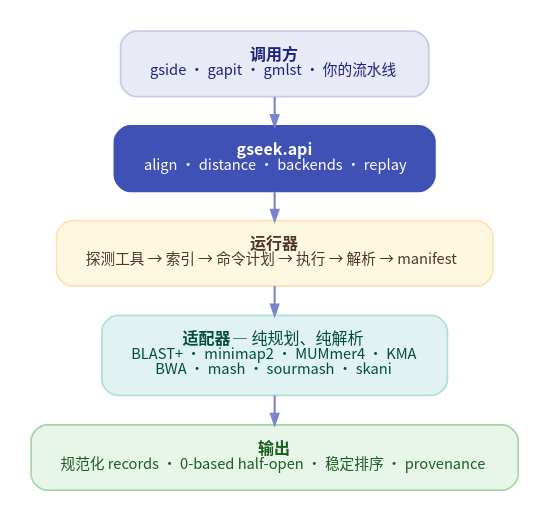
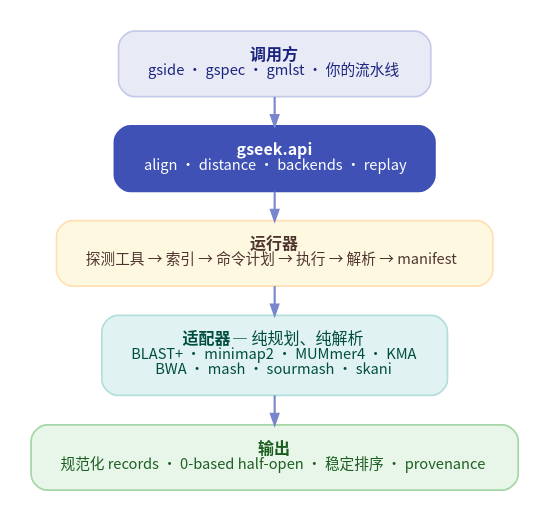
The diagram in dev/diagrams/architecture.zh.dot (indexofire/gseek), drawn with Graphviz before and after one commit. The commit also changed 24 other files, not shown here.

```diff
--- a/dev/diagrams/architecture.zh.dot
+++ b/dev/diagrams/architecture.zh.dot
@@ -1,24 +1,24 @@
 digraph architecture {
   graph [rankdir=TB, bgcolor="white", pad="0.22", nodesep="0.32", ranksep="0.30",
          fontname="Noto Sans CJK SC", fontsize="12"];
   node [shape=box, style="rounded,filled", fontname="Noto Sans CJK SC", fontsize="12",
         margin="0.30,0.18", penwidth="1.3"];
   edge [color="#7986cb", penwidth="1.6", arrowsize="0.80"];
 
-  consumers [label=<<B>调用方</B><BR/><FONT POINT-SIZE="11">gside · gapit · gmlst · 你的流水线</FONT>>,
+  consumers [label=<<B>调用方</B><BR/><FONT POINT-SIZE="11">gside · gspec · gmlst · 你的流水线</FONT>>,
              fillcolor="#e8eaf6", color="#c5cae9", fontcolor="#1a237e"];
 
   api [label=<<B>gseek.api</B><BR/><FONT POINT-SIZE="11">align · distance · backends · replay</FONT>>,
        fillcolor="#3f51b5", color="#3f51b5", fontcolor="white", penwidth="1.5"];
 
   runner [label=<<B>运行器</B><BR/><FONT POINT-SIZE="11">探测工具 → 索引 → 命令计划 → 执行 → 解析 → manifest</FONT>>,
           fillcolor="#fff8e1", color="#ffe0b2", fontcolor="#4e342e"];
 
   adapters [label=<<B>适配器</B> — 纯规划、纯解析<BR/><FONT POINT-SIZE="11">BLAST+ · minimap2 · MUMmer4 · KMA<BR/>BWA · mash · sourmash · skani</FONT>>,
             fillcolor="#e0f2f1", color="#b2dfdb", fontcolor="#004d40"];
 
   records [label=<<B>输出</B><BR/><FONT POINT-SIZE="11">规范化 records · 0-based half-open · 稳定排序 · provenance</FONT>>,
            fillcolor="#e8f5e9", color="#a5d6a7", fontcolor="#1b5e20"];
 
   consumers -> api -> runner -> adapters -> records;
 }
```
